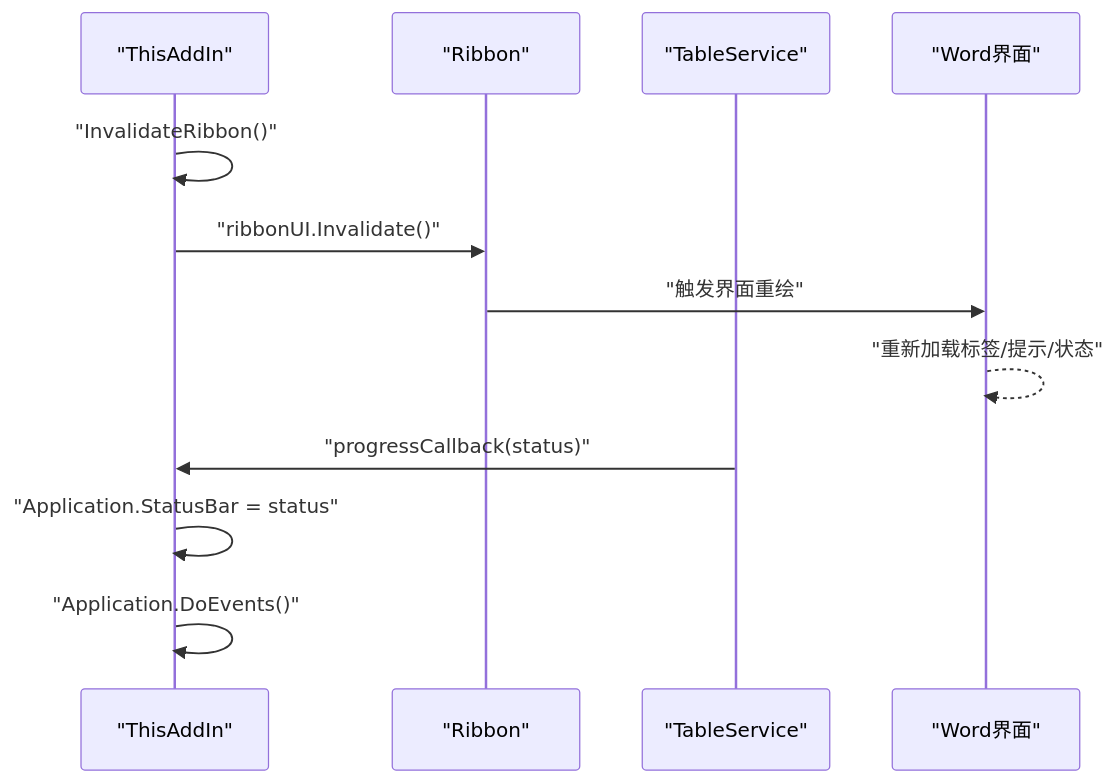
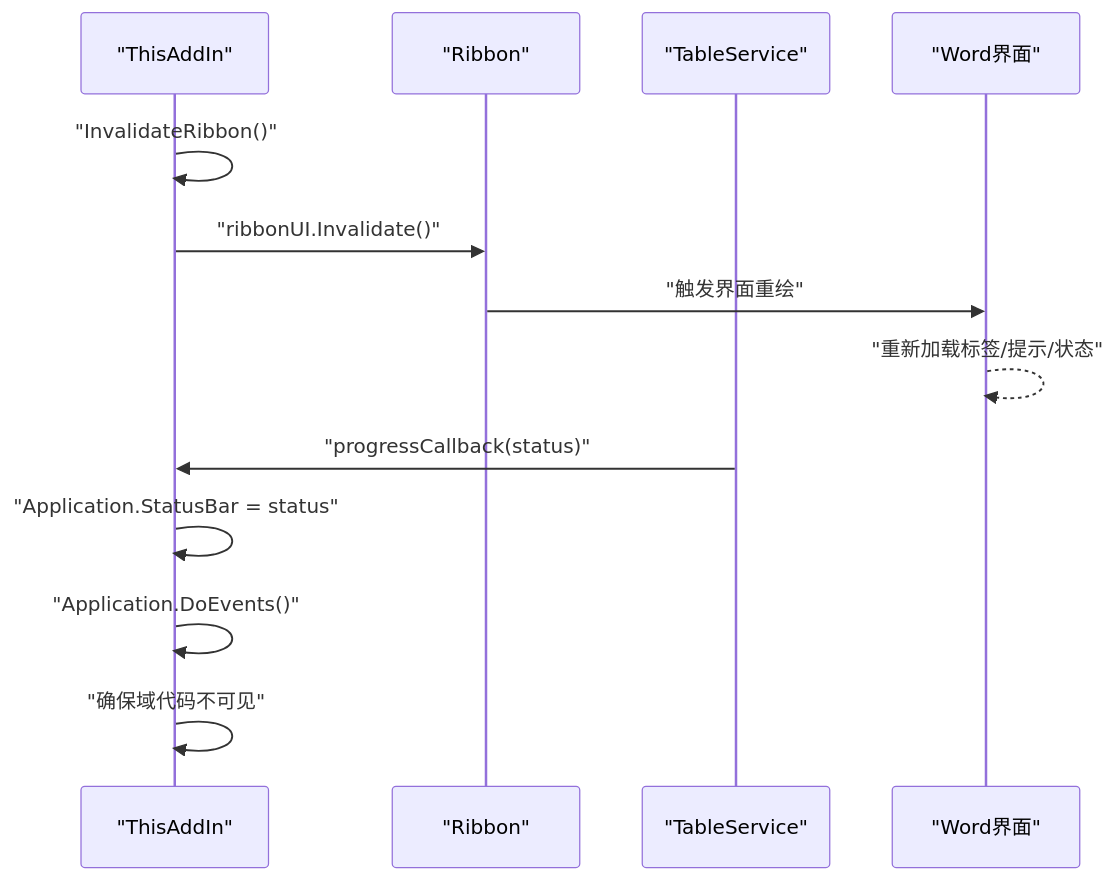
Before and after one commit to rainiva/WordTools: the ninth of 12 diagrams in .qoder/repowiki/zh/content/架构设计/Ribbon界面系统.md, drawn with Mermaid. The commit also changed other lines of this file and 7 other files, not shown here.

````diff
--- a/.qoder/repowiki/zh/content/架构设计/Ribbon界面系统.md
+++ b/.qoder/repowiki/zh/content/架构设计/Ribbon界面系统.md
@@ -384,14 +389,15 @@
 ```mermaid
 sequenceDiagram
 participant AddIn as "ThisAddIn"
 participant Ribbon as "Ribbon"
 participant TableService as "TableService"
 participant UI as "Word界面"
 AddIn->>AddIn : "InvalidateRibbon()"
 AddIn->>Ribbon : "ribbonUI.Invalidate()"
 Ribbon->>UI : "触发界面重绘"
 UI-->>UI : "重新加载标签/提示/状态"
 TableService->>AddIn : "progressCallback(status)"
 AddIn->>AddIn : "Application.StatusBar = status"
 AddIn->>AddIn : "Application.DoEvents()"
+AddIn->>AddIn : "确保域代码不可见"
 ```
````
